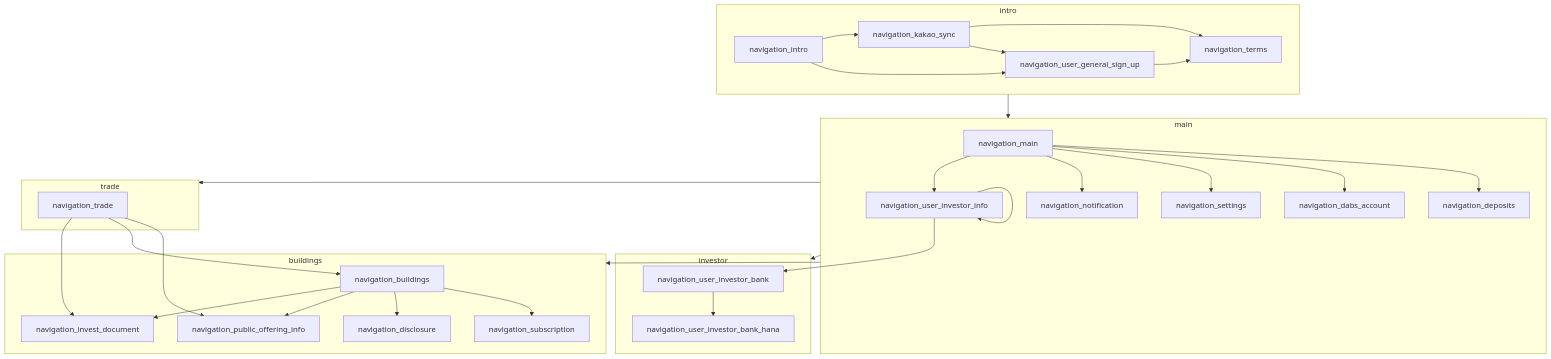
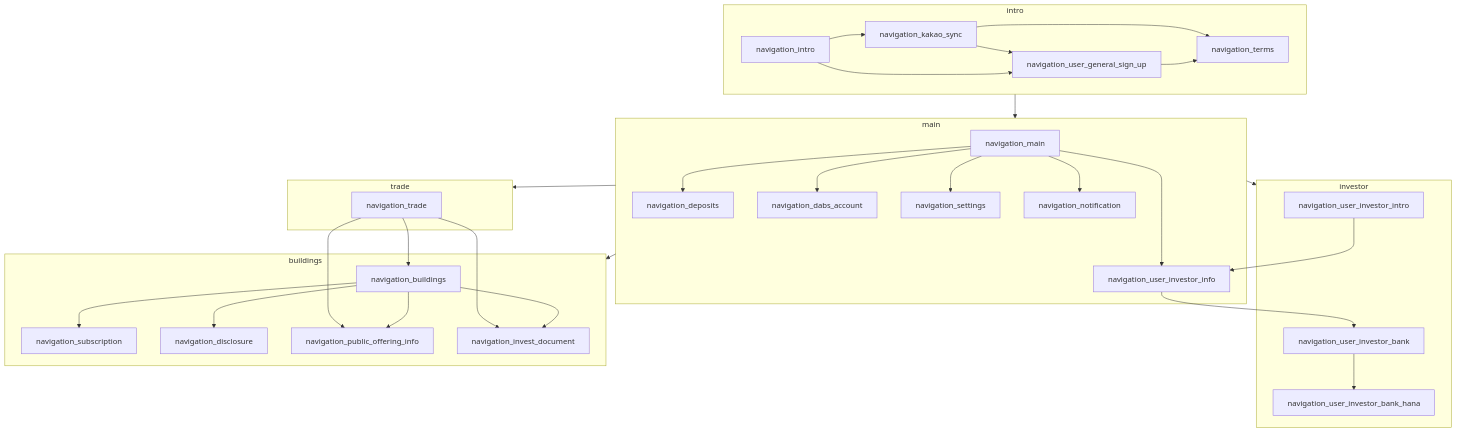
The diagram in mermaid/navigation.mermaid (code-bross/flow-chart-sample), drawn with Mermaid before and after one commit.

```diff
--- a/mermaid/navigation.mermaid
+++ b/mermaid/navigation.mermaid
@@ -1,35 +1,35 @@
 flowchart TB
     subgraph intro
         navigation_intro-->navigation_kakao_sync;
         navigation_intro-->navigation_user_general_sign_up;
         navigation_kakao_sync-->navigation_terms;
         navigation_kakao_sync-->navigation_user_general_sign_up;
         navigation_user_general_sign_up-->navigation_terms;
     end
     subgraph main
         navigation_main-->navigation_deposits;
         navigation_main-->navigation_dabs_account;
         navigation_main-->navigation_settings;
         navigation_main-->navigation_notification;
         navigation_main-->navigation_user_investor_info;
     end
     subgraph investor
-        navigation_user_investor_info-->navigation_user_investor_info;
+        navigation_user_investor_intro-->navigation_user_investor_info;
         navigation_user_investor_info-->navigation_user_investor_bank;
         navigation_user_investor_bank-->navigation_user_investor_bank_hana;
     end
     subgraph buildings
         navigation_buildings-->navigation_subscription;
         navigation_buildings-->navigation_disclosure;
         navigation_buildings-->navigation_public_offering_info;
         navigation_buildings-->navigation_invest_document;
     end
     subgraph trade
         navigation_trade-->navigation_public_offering_info;
         navigation_trade-->navigation_buildings;
         navigation_trade-->navigation_invest_document;
     end
     intro --> main;
     main --> investor;
     main --> buildings;
     main --> trade;
```
